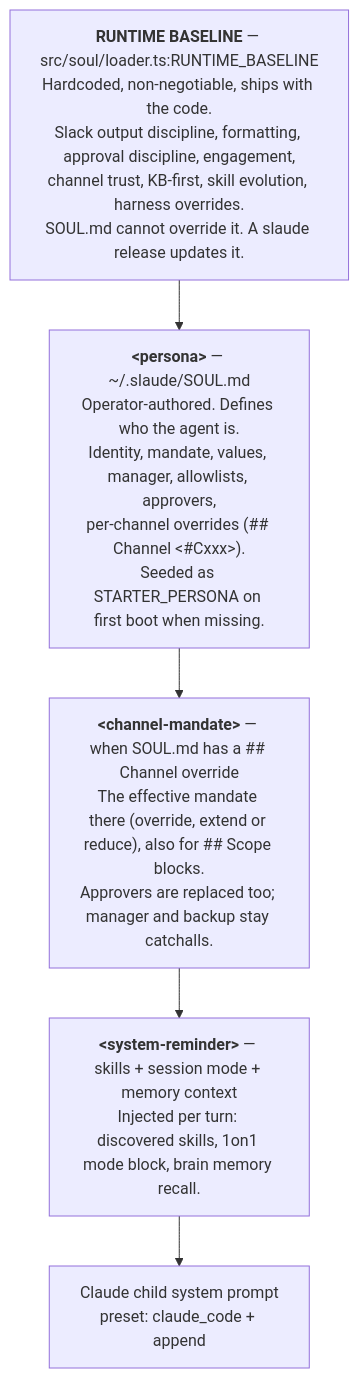
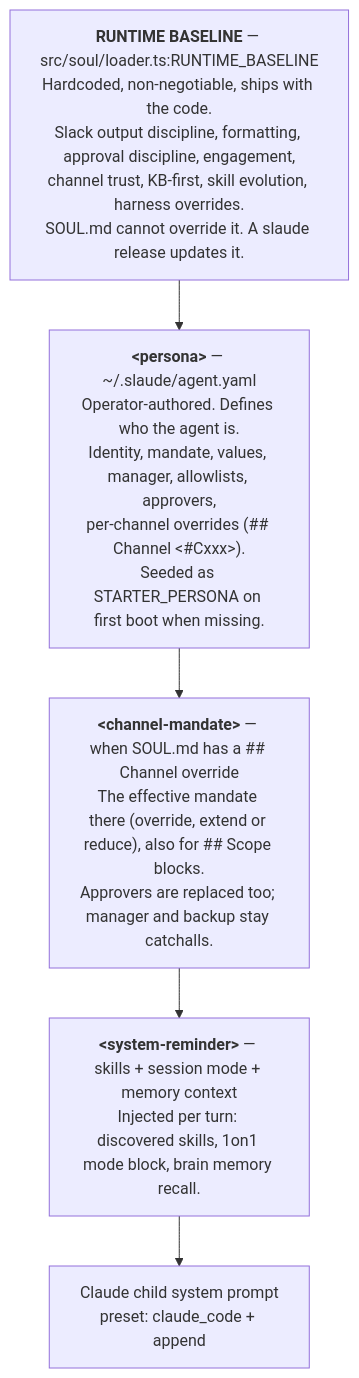
One commit to barockok/slaude changed the seventh of 8 diagrams in docs/site/_content/start/architecture.md. Above: the diagram before and after it, drawn with Mermaid. The commit also changed other lines of this file and 74 other files, not shown here.

First line of the commit message:
feat: agent.yaml only, no soul extraction (rc.17) (#198)

````diff
--- a/docs/site/_content/start/architecture.md
+++ b/docs/site/_content/start/architecture.md
@@ -341,10 +339,10 @@
 ```mermaid
 flowchart TB
   Base["<b>RUNTIME BASELINE</b> — src/soul/loader.ts:RUNTIME_BASELINE<br/>Hardcoded, non-negotiable, ships with the code.<br/>Slack output discipline, formatting, approval discipline, engagement,<br/>channel trust, KB-first, skill evolution, harness overrides.<br/>SOUL.md cannot override it. A slaude release updates it."]
-  Persona["<b>&lt;persona&gt;</b> — ~/.slaude/SOUL.md<br/>Operator-authored. Defines who the agent is.<br/>Identity, mandate, values, manager, allowlists, approvers,<br/>per-channel overrides (## Channel &lt;#Cxxx&gt;).<br/>Seeded as STARTER_PERSONA on first boot when missing."]
+  Persona["<b>&lt;persona&gt;</b> — ~/.slaude/agent.yaml<br/>Operator-authored. Defines who the agent is.<br/>Identity, mandate, values, manager, allowlists, approvers,<br/>per-channel overrides (## Channel &lt;#Cxxx&gt;).<br/>Seeded as STARTER_PERSONA on first boot when missing."]
   Mandate["<b>&lt;channel-mandate&gt;</b> — when SOUL.md has a ## Channel override<br/>The effective mandate there (override, extend or reduce), also for ## Scope blocks.<br/>Approvers are replaced too; manager and backup stay catchalls."]
   Reminder["<b>&lt;system-reminder&gt;</b> — skills + session mode + memory context<br/>Injected per turn: discovered skills, 1on1 mode block, brain memory recall."]
   Out["Claude child system prompt<br/>preset: claude_code + append"]
 
   Base --> Persona --> Mandate --> Reminder --> Out
 ```
````
